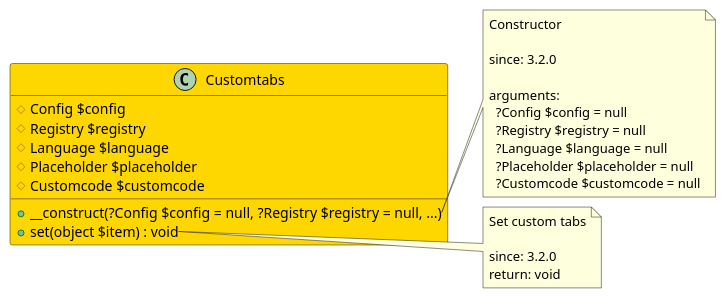
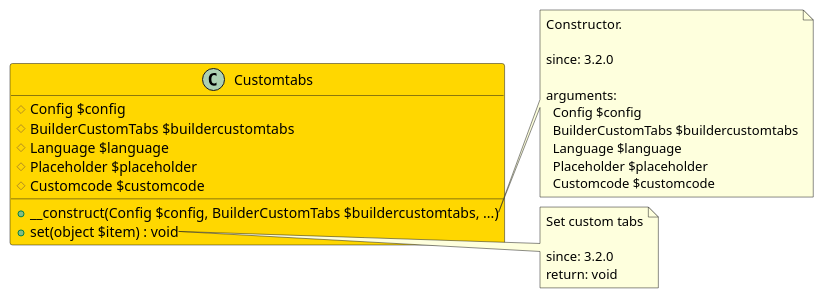
Before and after one commit to joomengine/jcb-compiler: the diagram in src/fa8c1125-d370-4cb6-a7ff-eb32193c198c/README.md, drawn with PlantUML. The commit also changed 725 other files, not shown here.

````diff
--- a/src/fa8c1125-d370-4cb6-a7ff-eb32193c198c/README.md
+++ b/src/fa8c1125-d370-4cb6-a7ff-eb32193c198c/README.md
@@ -11,34 +11,34 @@
 ```uml
 @startuml
 class Customtabs  #Gold {
   # Config $config
-  # Registry $registry
+  # BuilderCustomTabs $buildercustomtabs
   # Language $language
   # Placeholder $placeholder
   # Customcode $customcode
-  + __construct(?Config $config = null, ?Registry $registry = null, ...)
+  + __construct(Config $config, BuilderCustomTabs $buildercustomtabs, ...)
   + set(object $item) : void
 }
 
 note right of Customtabs::__construct
-  Constructor
+  Constructor.
 
   since: 3.2.0
   
   arguments:
-    ?Config $config = null
-    ?Registry $registry = null
-    ?Language $language = null
-    ?Placeholder $placeholder = null
-    ?Customcode $customcode = null
+    Config $config
+    BuilderCustomTabs $buildercustomtabs
+    Language $language
+    Placeholder $placeholder
+    Customcode $customcode
 end note
 
 note right of Customtabs::set
   Set custom tabs
 
   since: 3.2.0
   return: void
 end note
  
 @enduml
 ```
````
